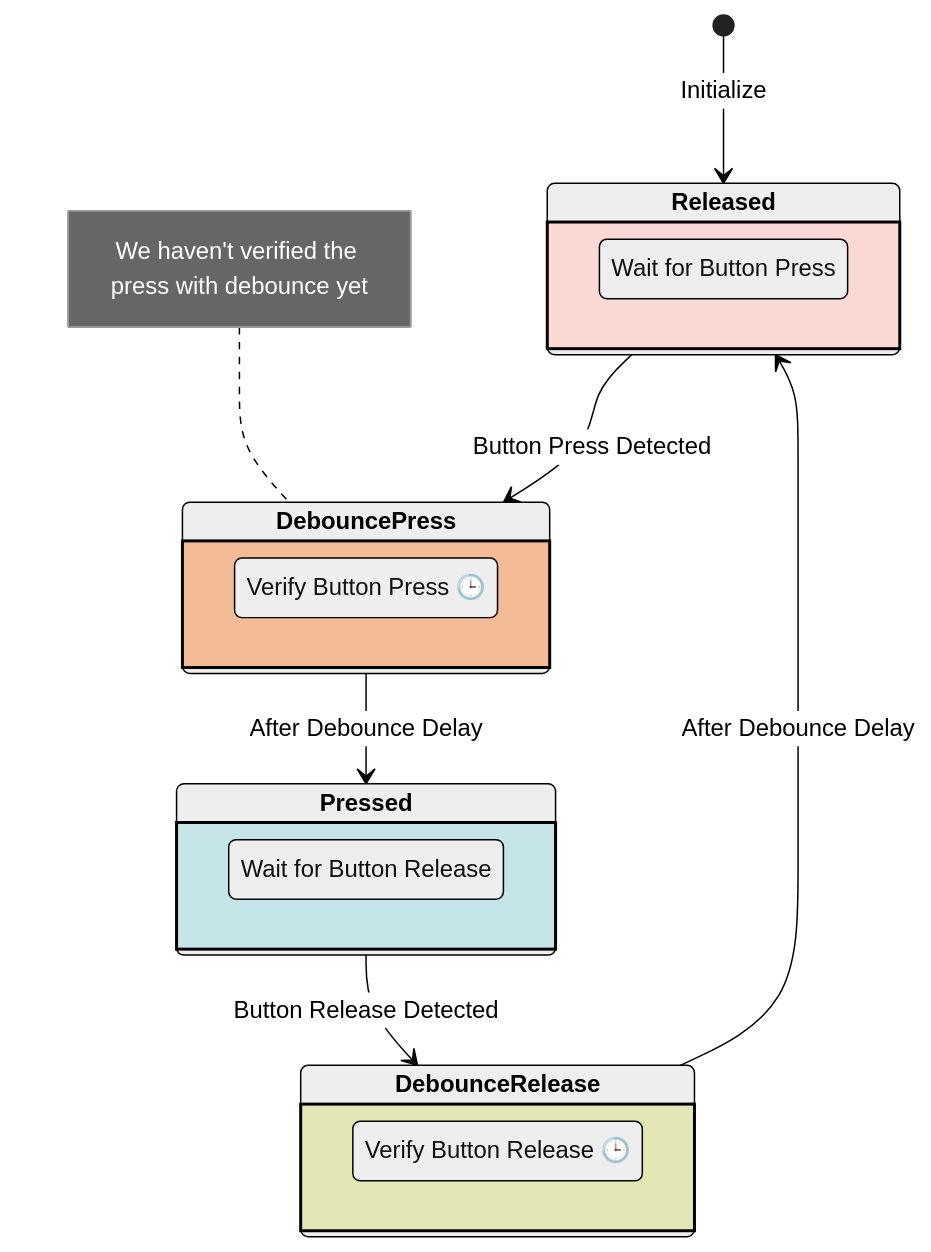
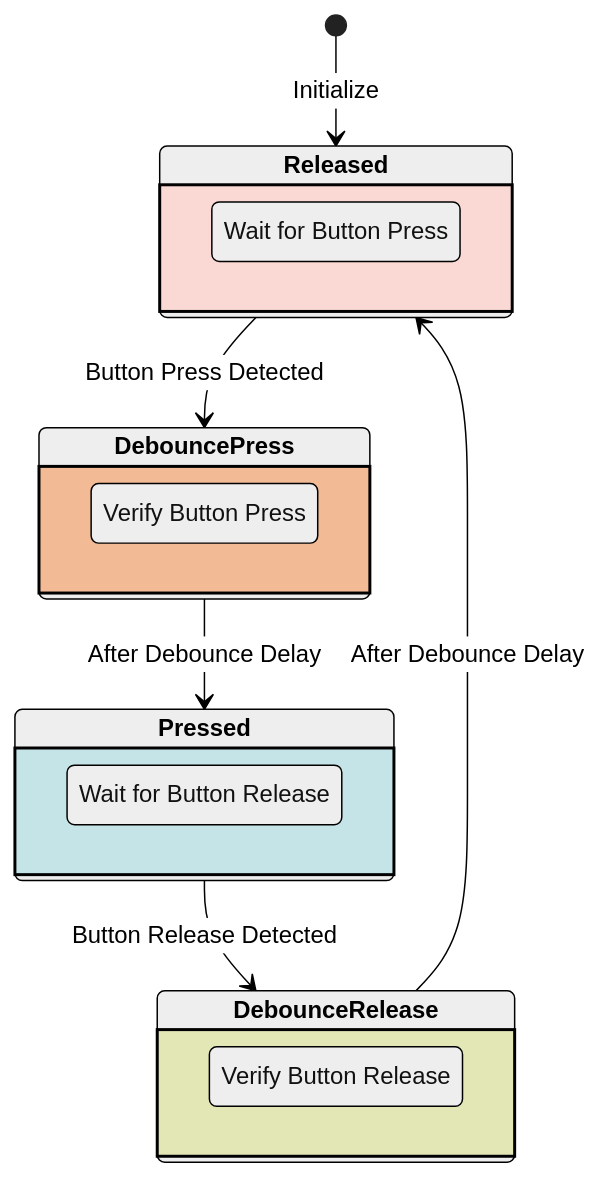
One commit to regulus33/clk changed the second of 2 diagrams in README.md. Above: the diagram before and after it, drawn with Mermaid (neutral theme). The commit also changed other lines of this file and 10 other files, not shown here.

Commit message:
refactored some stuff, separated knob from timer manager and working on moving to service object architecture with centralized state

````diff
--- a/README.md
+++ b/README.md
@@ -129,38 +31,37 @@
 ```mermaid
 stateDiagram-v2
     classDef releasedStyle fill:#FAD9D5,color:black,font-weight:bold,stroke-width:2px;
     classDef debouncePressStyle fill:#f2bb96,color:black,font-weight:bold,stroke-width:2px;
     classDef pressedStyle fill:#C5E4E7,color:black,font-weight:bold,stroke-width:2px;
     classDef dbReleaseStyle fill:#E3E6B5,color:black,font-weight:bold,stroke-width:2px;
     
     class Released releasedStyle
     class DebouncePress debouncePressStyle
     class Pressed pressedStyle
     class DebounceRelease dbReleaseStyle
     
     [*] --> Released: Initialize
     Released --> DebouncePress: Button Press Detected
     DebouncePress --> Pressed: After Debounce Delay
     Pressed --> DebounceRelease: Button Release Detected
     DebounceRelease --> Released: After Debounce Delay
     
     state Released {
         ReleasedState: Wait for Button Press
     }
     
     state DebouncePress {
-        DebouncePressState: Verify Button Press 🕒
+        DebouncePressState: Verify Button Press
     }
     
     state Pressed {
         PressedState: Wait for Button Release
     }
     
     state DebounceRelease {
-        DebounceReleaseState: Verify Button Release 🕒
+        DebounceReleaseState: Verify Button Release
     }
 
-    note left of DebouncePress : We haven't verified the press with debounce yet
  
 
 ```
````
